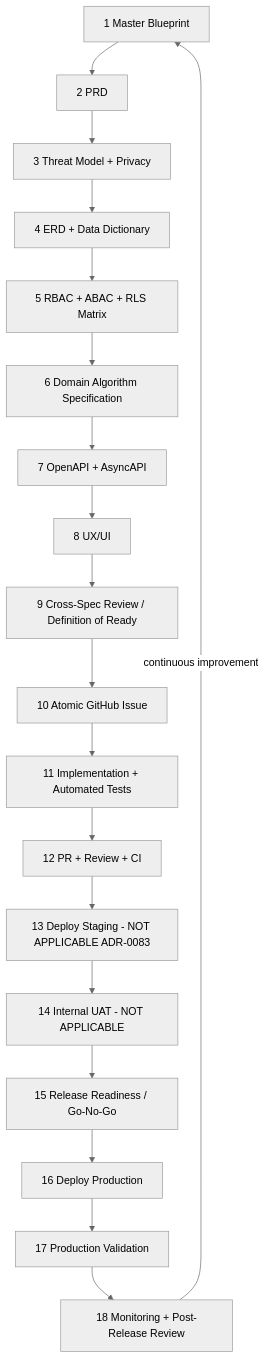
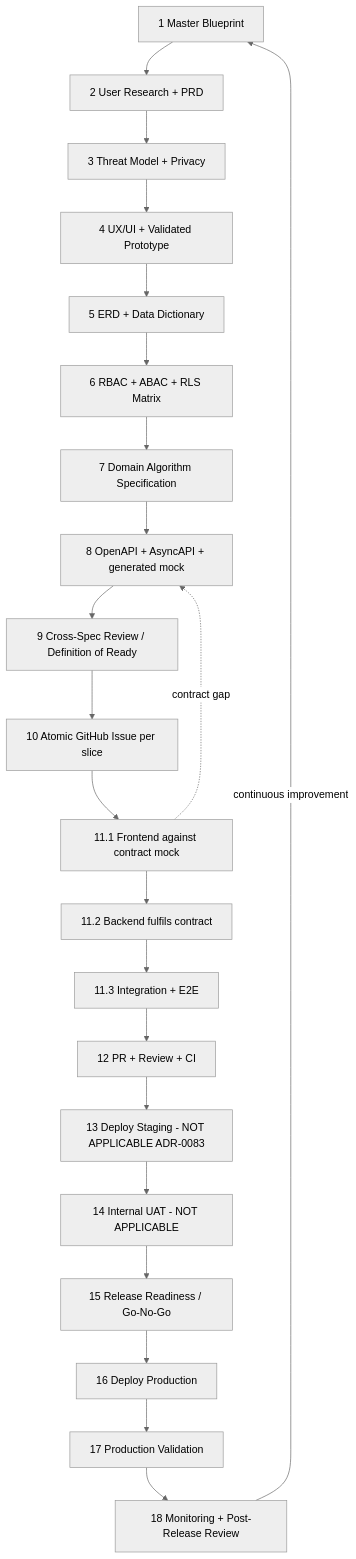
The diagram in docs/awcms/alur-pengembangan.md (ahliweb/awcms), drawn with Mermaid (neutral theme) before and after one commit. The commit also changed other lines of this file and 11 other files, not shown here.

First line of the commit message:
docs(adr): adopt development flow v2 - validated UX/UI before data model, frontend -> backend -> integration per slice (ADR-0156) (#1213)

````diff
--- a/docs/awcms/alur-pengembangan.md
+++ b/docs/awcms/alur-pengembangan.md
@@ -22,21 +29,24 @@
 ```mermaid
 flowchart TD
-  S1[1 Master Blueprint] --> S2[2 PRD]
+  S1[1 Master Blueprint] --> S2[2 User Research + PRD]
   S2 --> S3[3 Threat Model + Privacy]
-  S3 --> S4[4 ERD + Data Dictionary]
-  S4 --> S5[5 RBAC + ABAC + RLS Matrix]
-  S5 --> S6[6 Domain Algorithm Specification]
-  S6 --> S7[7 OpenAPI + AsyncAPI]
-  S7 --> S8[8 UX/UI]
+  S3 --> S4[4 UX/UI + Validated Prototype]
+  S4 --> S5[5 ERD + Data Dictionary]
+  S5 --> S6[6 RBAC + ABAC + RLS Matrix]
+  S6 --> S7[7 Domain Algorithm Specification]
+  S7 --> S8[8 OpenAPI + AsyncAPI + generated mock]
   S8 --> S9[9 Cross-Spec Review / Definition of Ready]
-  S9 --> S10[10 Atomic GitHub Issue]
-  S10 --> S11[11 Implementation + Automated Tests]
-  S11 --> S12[12 PR + Review + CI]
+  S9 --> S10[10 Atomic GitHub Issue per slice]
+  S10 --> S111[11.1 Frontend against contract mock]
+  S111 --> S112[11.2 Backend fulfils contract]
+  S112 --> S113[11.3 Integration + E2E]
+  S113 --> S12[12 PR + Review + CI]
   S12 --> S13[13 Deploy Staging - NOT APPLICABLE ADR-0083]
   S13 --> S14[14 Internal UAT - NOT APPLICABLE]
   S14 --> S15[15 Release Readiness / Go-No-Go]
   S15 --> S16[16 Deploy Production]
   S16 --> S17[17 Production Validation]
   S17 --> S18[18 Monitoring + Post-Release Review]
   S18 -->|continuous improvement| S1
+  S111 -.->|contract gap| S8
 ```
````
